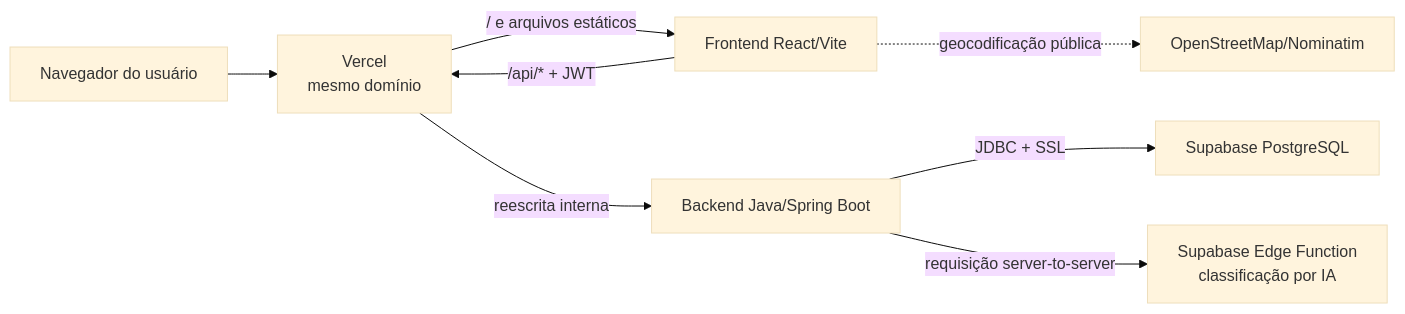
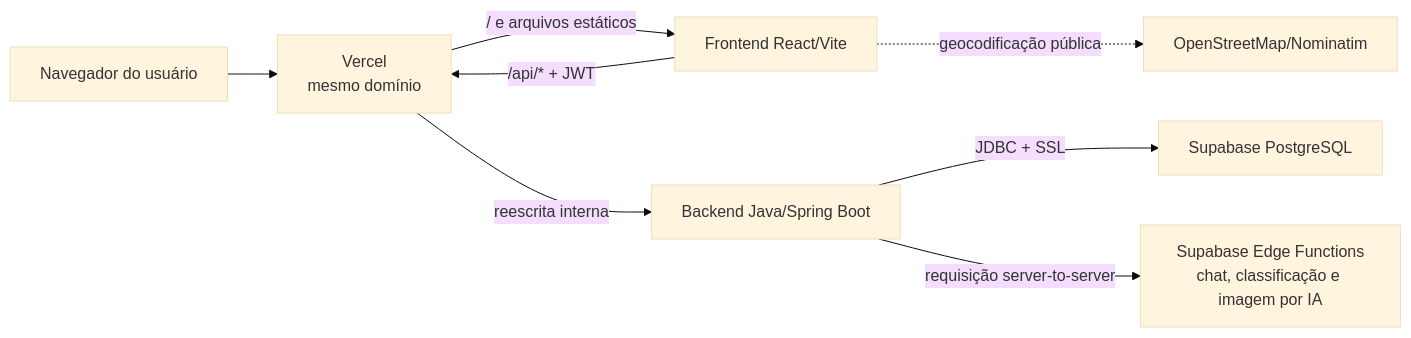
One commit to gabrielvilela12/Cidadao-Informa changed the diagram in RELATORIO_ARQUITETURA_AMBIENTES.md. Above: the diagram before and after it, drawn with Mermaid (base theme). The commit also changed other lines of this file and 3 other files, not shown here.

````diff
--- a/RELATORIO_ARQUITETURA_AMBIENTES.md
+++ b/RELATORIO_ARQUITETURA_AMBIENTES.md
@@ -20,18 +25,18 @@
 ```mermaid
 flowchart LR
     U["Navegador do usuário"]
     V["Vercel<br/>mesmo domínio"]
     F["Frontend React/Vite"]
     B["Backend Java/Spring Boot"]
     D["Supabase PostgreSQL"]
-    E["Supabase Edge Function<br/>classificação por IA"]
+    E["Supabase Edge Functions<br/>chat, classificação e imagem por IA"]
     O["OpenStreetMap/Nominatim"]
 
     U --> V
     V -->|"/ e arquivos estáticos"| F
     F -->|"/api/* + JWT"| V
     V -->|"reescrita interna"| B
     B -->|"JDBC + SSL"| D
     B -->|"requisição server-to-server"| E
     F -.->|"geocodificação pública"| O
 ```
````
